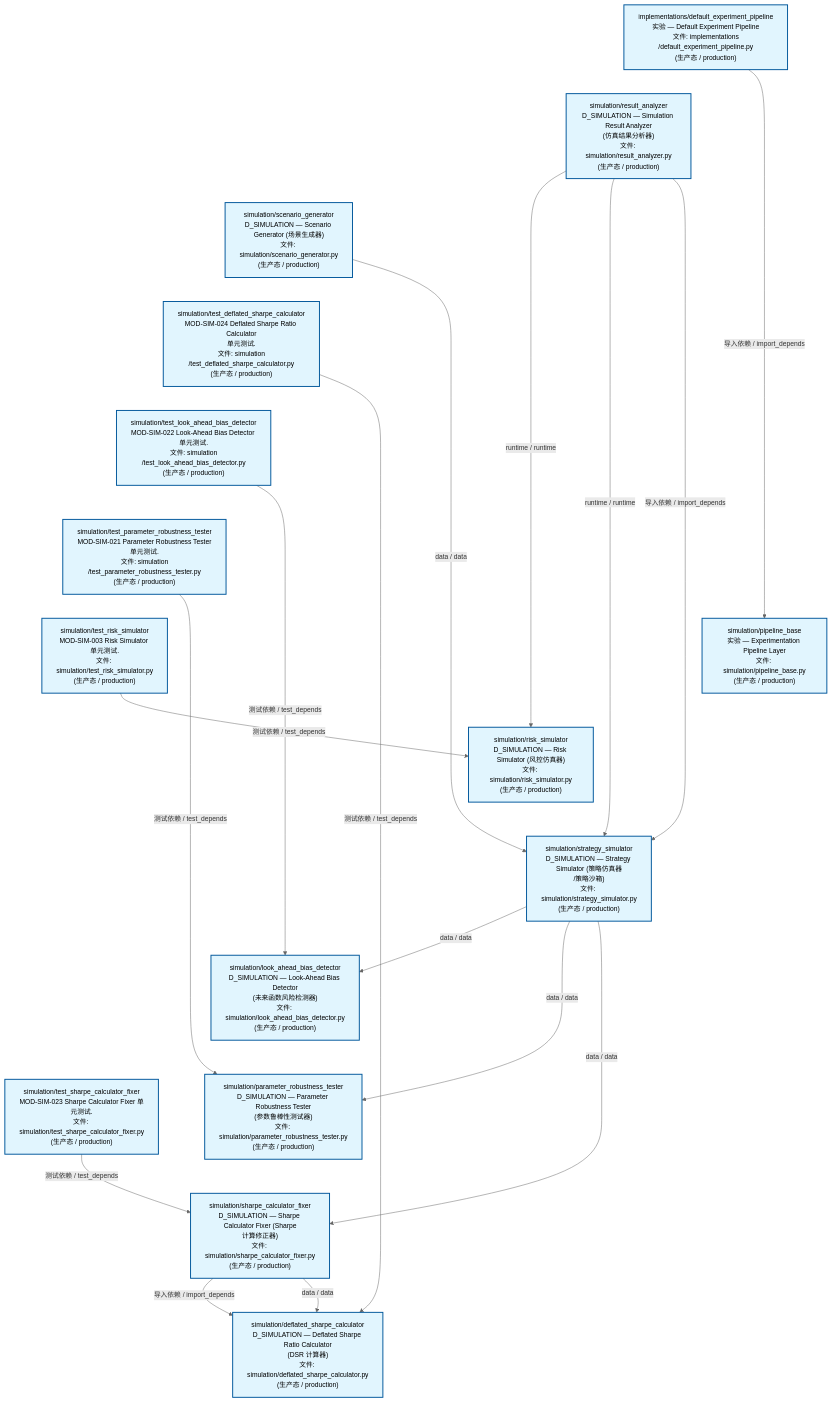
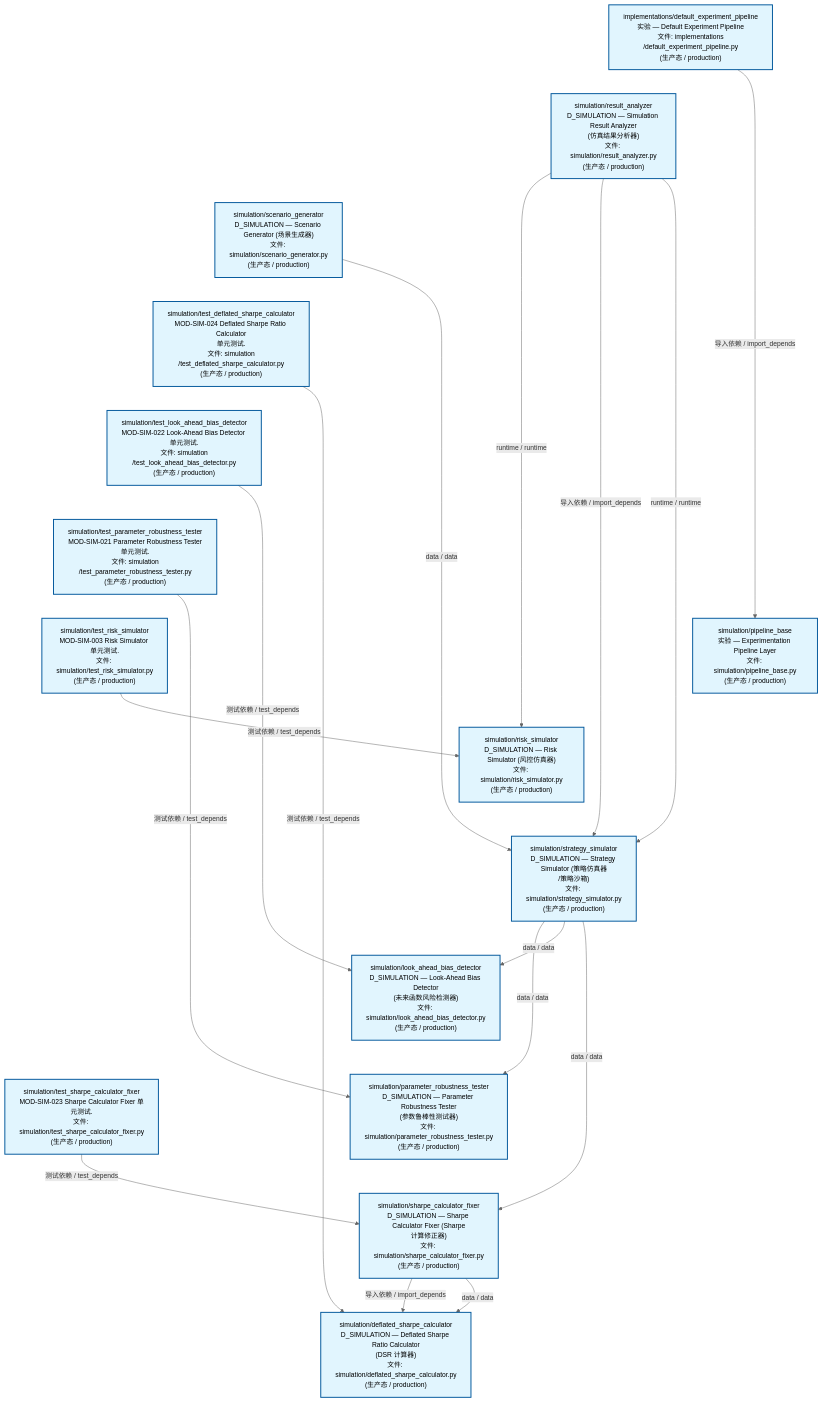
The second of 3 diagrams in docs/02_enterprise_architecture/02_domain_architecture_docs/70_d_simulation.md (xuanFelixVan/ZephyrAlpha), drawn with Mermaid before and after one commit. The commit also changed other lines of this file and 69 other files, not shown here.

````diff
--- a/docs/02_enterprise_architecture/02_domain_architecture_docs/70_d_simulation.md
+++ b/docs/02_enterprise_architecture/02_domain_architecture_docs/70_d_simulation.md
@@ -120,50 +120,50 @@
 ```mermaid
 %%{init: {'theme': 'base', 'themeVariables': {'primaryColor': '#eaeaea', 'primaryTextColor': '#333333', 'primaryBorderColor': '#666666', 'lineColor': '#666666', 'secondaryColor': '#eaeaea', 'tertiaryColor': '#eaeaea', 'fontSize': '14px'}}}%%
 flowchart TD
     src_zephyr_simulation_implementations_default_experiment_pipeline_py["implementations/default_experiment_pipeline<br/>实验 — Default Experiment Pipeline<br/>文件: implementations<br/>/default_experiment_pipeline.py<br/>(生产态 / production)"]
     src_zephyr_simulation_result_analyzer_py["simulation/result_analyzer<br/>D_SIMULATION — Simulation Result Analyzer<br/>(仿真结果分析器)<br/>文件: simulation/result_analyzer.py<br/>(生产态 / production)"]
     src_zephyr_simulation_scenario_generator_py["simulation/scenario_generator<br/>D_SIMULATION — Scenario Generator (场景生成器)<br/>文件: simulation/scenario_generator.py<br/>(生产态 / production)"]
     tests_simulation_test_deflated_sharpe_calculator_py["simulation/test_deflated_sharpe_calculator<br/>MOD-SIM-024 Deflated Sharpe Ratio Calculator<br/>单元测试.<br/>文件: simulation<br/>/test_deflated_sharpe_calculator.py<br/>(生产态 / production)"]
     tests_simulation_test_look_ahead_bias_detector_py["simulation/test_look_ahead_bias_detector<br/>MOD-SIM-022 Look-Ahead Bias Detector 单元测试.<br/>文件: simulation<br/>/test_look_ahead_bias_detector.py<br/>(生产态 / production)"]
     tests_simulation_test_parameter_robustness_tester_py["simulation/test_parameter_robustness_tester<br/>MOD-SIM-021 Parameter Robustness Tester<br/>单元测试.<br/>文件: simulation<br/>/test_parameter_robustness_tester.py<br/>(生产态 / production)"]
     tests_simulation_test_risk_simulator_py["simulation/test_risk_simulator<br/>MOD-SIM-003 Risk Simulator 单元测试.<br/>文件: simulation/test_risk_simulator.py<br/>(生产态 / production)"]
     tests_simulation_test_sharpe_calculator_fixer_py["simulation/test_sharpe_calculator_fixer<br/>MOD-SIM-023 Sharpe Calculator Fixer 单元测试.<br/>文件: simulation/test_sharpe_calculator_fixer.py<br/>(生产态 / production)"]
     src_zephyr_simulation_implementations_default_experiment_pipeline_py ~~~ src_zephyr_simulation_result_analyzer_py
     src_zephyr_simulation_result_analyzer_py ~~~ src_zephyr_simulation_scenario_generator_py
     src_zephyr_simulation_scenario_generator_py ~~~ tests_simulation_test_deflated_sharpe_calculator_py
     tests_simulation_test_deflated_sharpe_calculator_py ~~~ tests_simulation_test_look_ahead_bias_detector_py
     tests_simulation_test_look_ahead_bias_detector_py ~~~ tests_simulation_test_parameter_robustness_tester_py
     tests_simulation_test_parameter_robustness_tester_py ~~~ tests_simulation_test_risk_simulator_py
     tests_simulation_test_risk_simulator_py ~~~ tests_simulation_test_sharpe_calculator_fixer_py
     src_zephyr_simulation_pipeline_base_py["simulation/pipeline_base<br/>实验 — Experimentation Pipeline Layer<br/>文件: simulation/pipeline_base.py<br/>(生产态 / production)"]
     src_zephyr_simulation_risk_simulator_py["simulation/risk_simulator<br/>D_SIMULATION — Risk Simulator (风控仿真器)<br/>文件: simulation/risk_simulator.py<br/>(生产态 / production)"]
     src_zephyr_simulation_strategy_simulator_py["simulation/strategy_simulator<br/>D_SIMULATION — Strategy Simulator (策略仿真器<br/>/策略沙箱)<br/>文件: simulation/strategy_simulator.py<br/>(生产态 / production)"]
     src_zephyr_simulation_pipeline_base_py ~~~ src_zephyr_simulation_risk_simulator_py
     src_zephyr_simulation_risk_simulator_py ~~~ src_zephyr_simulation_strategy_simulator_py
     src_zephyr_simulation_look_ahead_bias_detector_py["simulation/look_ahead_bias_detector<br/>D_SIMULATION — Look-Ahead Bias Detector<br/>(未来函数风险检测器)<br/>文件: simulation/look_ahead_bias_detector.py<br/>(生产态 / production)"]
     src_zephyr_simulation_parameter_robustness_tester_py["simulation/parameter_robustness_tester<br/>D_SIMULATION — Parameter Robustness Tester<br/>(参数鲁棒性测试器)<br/>文件: simulation/parameter_robustness_tester.py<br/>(生产态 / production)"]
     src_zephyr_simulation_sharpe_calculator_fixer_py["simulation/sharpe_calculator_fixer<br/>D_SIMULATION — Sharpe Calculator Fixer (Sharpe<br/>计算修正器)<br/>文件: simulation/sharpe_calculator_fixer.py<br/>(生产态 / production)"]
     src_zephyr_simulation_look_ahead_bias_detector_py ~~~ src_zephyr_simulation_parameter_robustness_tester_py
     src_zephyr_simulation_parameter_robustness_tester_py ~~~ src_zephyr_simulation_sharpe_calculator_fixer_py
     src_zephyr_simulation_deflated_sharpe_calculator_py["simulation/deflated_sharpe_calculator<br/>D_SIMULATION — Deflated Sharpe Ratio Calculator<br/>(DSR 计算器)<br/>文件: simulation/deflated_sharpe_calculator.py<br/>(生产态 / production)"]
-    src_zephyr_simulation_scenario_generator_py -->|data / data| src_zephyr_simulation_strategy_simulator_py
     src_zephyr_simulation_sharpe_calculator_fixer_py -->|导入依赖 / import_depends| src_zephyr_simulation_deflated_sharpe_calculator_py
     src_zephyr_simulation_sharpe_calculator_fixer_py -->|data / data| src_zephyr_simulation_deflated_sharpe_calculator_py
     src_zephyr_simulation_result_analyzer_py -->|runtime / runtime| src_zephyr_simulation_risk_simulator_py
+    src_zephyr_simulation_result_analyzer_py -->|导入依赖 / import_depends| src_zephyr_simulation_strategy_simulator_py
     src_zephyr_simulation_result_analyzer_py -->|runtime / runtime| src_zephyr_simulation_strategy_simulator_py
-    src_zephyr_simulation_result_analyzer_py -->|导入依赖 / import_depends| src_zephyr_simulation_strategy_simulator_py
+    src_zephyr_simulation_scenario_generator_py -->|data / data| src_zephyr_simulation_strategy_simulator_py
+    src_zephyr_simulation_strategy_simulator_py -->|data / data| src_zephyr_simulation_parameter_robustness_tester_py
     src_zephyr_simulation_strategy_simulator_py -->|data / data| src_zephyr_simulation_look_ahead_bias_detector_py
-    src_zephyr_simulation_strategy_simulator_py -->|data / data| src_zephyr_simulation_parameter_robustness_tester_py
     src_zephyr_simulation_strategy_simulator_py -->|data / data| src_zephyr_simulation_sharpe_calculator_fixer_py
     src_zephyr_simulation_implementations_default_experiment_pipeline_py -->|导入依赖 / import_depends| src_zephyr_simulation_pipeline_base_py
+    tests_simulation_test_deflated_sharpe_calculator_py -->|测试依赖 / test_depends| src_zephyr_simulation_deflated_sharpe_calculator_py
+    tests_simulation_test_look_ahead_bias_detector_py -->|测试依赖 / test_depends| src_zephyr_simulation_look_ahead_bias_detector_py
     tests_simulation_test_parameter_robustness_tester_py -->|测试依赖 / test_depends| src_zephyr_simulation_parameter_robustness_tester_py
-    tests_simulation_test_look_ahead_bias_detector_py -->|测试依赖 / test_depends| src_zephyr_simulation_look_ahead_bias_detector_py
-    tests_simulation_test_deflated_sharpe_calculator_py -->|测试依赖 / test_depends| src_zephyr_simulation_deflated_sharpe_calculator_py
     tests_simulation_test_risk_simulator_py -->|测试依赖 / test_depends| src_zephyr_simulation_risk_simulator_py
     tests_simulation_test_sharpe_calculator_fixer_py -->|测试依赖 / test_depends| src_zephyr_simulation_sharpe_calculator_fixer_py
     classDef production fill:#e1f5fe,stroke:#01579b,stroke-width:2px,color:#000
     classDef design fill:#fff3e0,stroke:#e65100,stroke-width:2px,color:#000,stroke-dasharray: 5 5
     classDef external_prod fill:#e8f4fd,stroke:#0277bd,stroke-width:1px,color:#000
     classDef external_design fill:#fff8e7,stroke:#ef6c00,stroke-width:1px,color:#000,stroke-dasharray: 5 5
     class src_zephyr_simulation_deflated_sharpe_calculator_py,src_zephyr_simulation_implementations_default_experiment_pipeline_py,src_zephyr_simulation_look_ahead_bias_detector_py,src_zephyr_simulation_parameter_robustness_tester_py,src_zephyr_simulation_pipeline_base_py,src_zephyr_simulation_result_analyzer_py,src_zephyr_simulation_risk_simulator_py,src_zephyr_simulation_scenario_generator_py,src_zephyr_simulation_sharpe_calculator_fixer_py,src_zephyr_simulation_strategy_simulator_py,tests_simulation_test_deflated_sharpe_calculator_py,tests_simulation_test_look_ahead_bias_detector_py,tests_simulation_test_parameter_robustness_tester_py,tests_simulation_test_risk_simulator_py,tests_simulation_test_sharpe_calculator_fixer_py production
 ```
````
